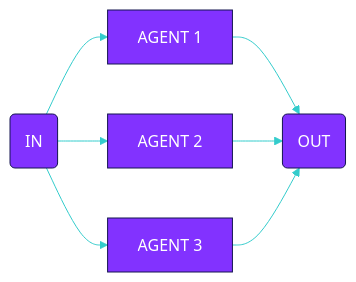
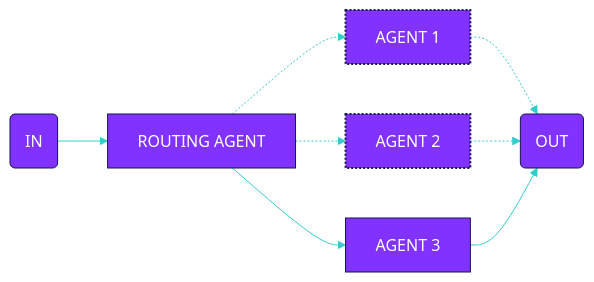
The diagram in docs/flows/parallel.mdx (callstackincubator/flows-ai), drawn with Mermaid before and after one commit. The commit also changed other lines of this file and 7 other files, not shown here.

````diff
--- a/docs/flows/parallel.mdx
+++ b/docs/flows/parallel.mdx
@@ -6,22 +6,25 @@
 ```mermaid
 %%{
   init: {
     'theme': 'base',
     'themeVariables': {
       'primaryColor': '#8232ff',
       'primaryTextColor': '#fff',
       'primaryBorderColor': '#141450',
       'lineColor': '#33CCCC',
       'secondaryColor': '#141450',
       'tertiaryColor': '#33CCCC'
     }
   }
 }%%
 flowchart LR
-    A(IN) --> B[AGENT 1]
-    A --> C[AGENT 2]
-    A --> D[AGENT 3]
-    B --> E(OUT)
-    C --> E(OUT)
-    D --> E(OUT)
+    A("IN") --> B["ROUTING AGENT"]
+    B -.-> C["AGENT 1"] & D["AGENT 2"]
+    B --> E["AGENT 3"]
+    C -.-> F("OUT")
+    D -.-> F
+    E --> F
+
+    style C stroke-width:2px,stroke-dasharray: 2
+    style D stroke-width:2px,stroke-dasharray: 2
 ```
````
